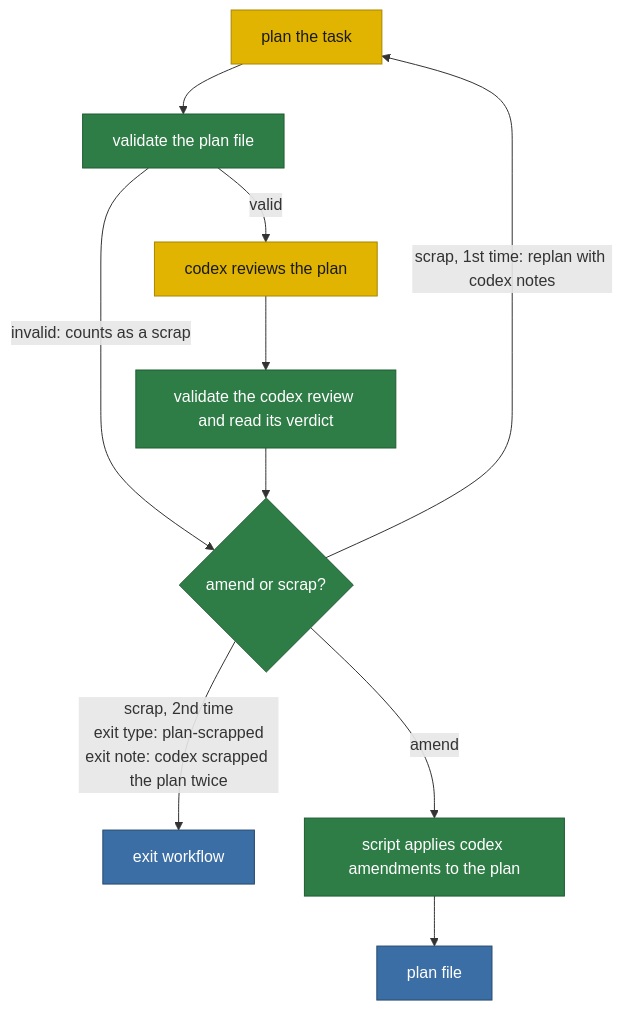
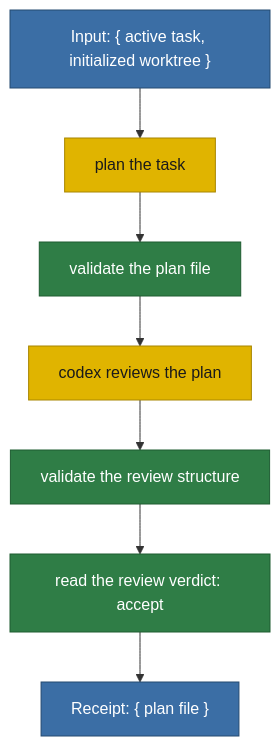
Before and after one commit to matkatmusic/taskTools: the diagram in plans/diagram/pipeline-planning.mmd, drawn with Mermaid. The commit also changed 7 other files, not shown here.

Commit message:
updated pipeline docs (planning happy path)

```diff
--- a/plans/diagram/pipeline-planning.mmd
+++ b/plans/diagram/pipeline-planning.mmd
@@ -1,47 +1,37 @@
 flowchart TB
 %% PLANNING PIPELINE. Split from pipeline.mmd.
-%% Input: an initialized worktree from the preamble pipeline.
-%% Starts at "plan the task".
-%% Ends with a plan file, or with the plan scrapped.
+%% HAPPY PATH ONLY. The loops and the early exits are not drawn yet.
+%% Input: an initialized worktree and an active task from the preamble pipeline.
+%% Starts at "plan the task". Ends with a plan file.
 %% Rules that apply everywhere, not steps:
 %%   1. Every git interaction goes through a script. Never prose.
 %%   2. Every read and write of tasks.json is atomic.
-%%   3. A script that fails operationally, as opposed to returning a verdict,
-%%      exits the run as run-failed. No step is retried after it has mutated
-%%      anything. The task is already active and a worktree already exists here,
-%%      so the exit workflow always runs in full.
-%%   4. A mutating box whose result is lost is never blindly retried and never
-%%      assumed failed. Each one has a read-only reconciliation check that reads
-%%      the world and decides whether it already happened. A safe idempotent
-%%      rerun happens only after reconciliation proves it did not complete. Only
-%%      an ambiguous loss is run-failed.
-%%   5. Codex gets two chances. A scrapped plan is replanned once with codex's
-%%      notes; a second scrap ends the run. A plan file that fails validation
-%%      counts as a scrap, so a plan that never validates cannot loop forever.
-%% Exit types this pipeline can produce:
-%%   plan-scrapped      - codex scrapped the plan twice
-%%   run-failed         - a script failed operationally
-%% run-failed is deliberately not drawn as an edge. It can leave ANY green box,
-%% so drawing it would add one edge per box and hide the flow. Rule 3 is its
-%% specification: a non-zero exit from any script goes straight to the exit
-%% workflow with exit type run-failed and the script's stderr as the note.
-%% The plan file this pipeline emits is the input to the implement and test pipeline.
+%% Box definitions where the name alone is not enough:
+%%   validate the plan file      - a script, structure only, no judgement of the
+%%                                 plan's content: the file parses as JSON, its
+%%                                 task number matches, its revision is a positive
+%%                                 integer, and its sections are a non-empty array
+%%                                 of objects each holding a unique kebab-case id,
+%%                                 a string title and a string body.
+%%                                 See scripts/tackle-tasks/validatePlanFile.ts
+%%   validate the review structure
+%%                               - a script, structure only: the review parses,
+%%                                 carries one of the three verdicts, and carries
+%%                                 the fields that verdict requires.
+%%                                 See scripts/tackle-tasks/validateCodexReview.ts
+%%   read the review verdict     - three outcomes: accept, amend, scrap. Only
+%%                                 accept is drawn here.
 
+  INPUT["Input: { active task, initialized worktree }"] --> P
   P["plan the task"] --> VALP["validate the plan file"]
-  VALP -- "invalid: counts as a scrap" --> QR
-  VALP -- valid --> R["codex reviews the plan"]
-  R --> VALR["validate the codex review and read its verdict"]
-  VALR --> QR{"amend or scrap?"}
-  QR -- "scrap, 1st time: replan with codex notes" --> P
-  QR -- "scrap, 2nd time<br/>exit type: plan-scrapped<br/>exit note: codex scrapped the plan twice" --> EXITWF
-  QR -- amend --> AM["script applies codex amendments to the plan"]
-  AM --> PLAN["plan file"]
-
-  EXITWF["exit workflow"]
+  VALP --> R["codex reviews the plan"]
+  R --> VALR["validate the review structure"]
+  VALR --> QR["read the review verdict: accept"]
+  QR --> RECEIPT["Receipt: { plan file }"]
 
   classDef script fill:#2f7d46,stroke:#1e5c31,color:#ffffff
   classDef prose fill:#e0b400,stroke:#a88600,color:#1a1a1a
   classDef output fill:#3b6ea5,stroke:#254a70,color:#ffffff
-  class VALP,VALR,QR,AM script
+  class VALP,VALR,QR script
   class P,R prose
-  class PLAN,EXITWF output
+  class INPUT,RECEIPT output
```
